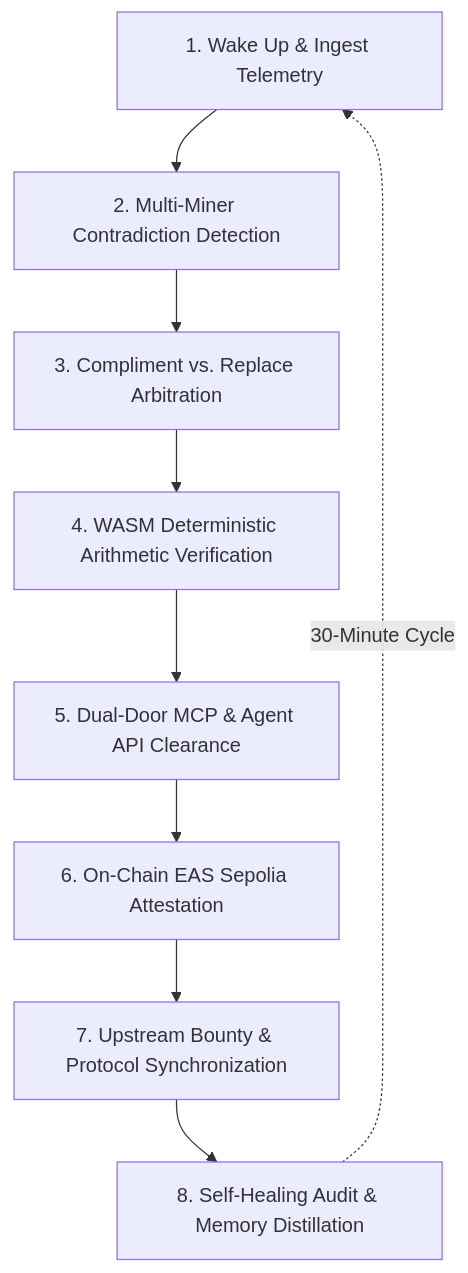
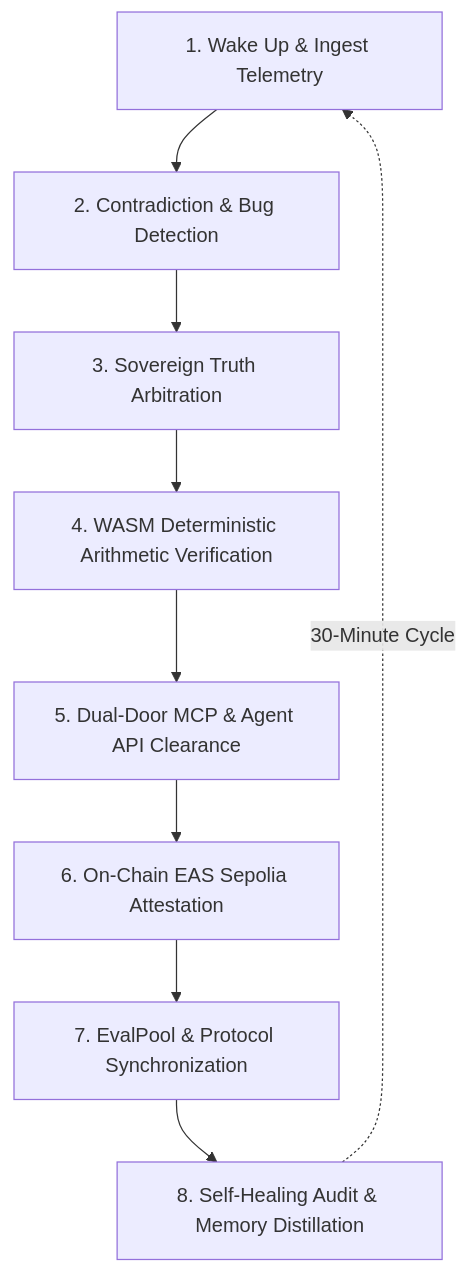
The diagram in .agents/skills/fintech-autonomous-sentinel/SKILL.md (VishAlgoDev/praman-desk), drawn with Mermaid before and after one commit. The commit also changed other lines of this file and 1 other file, not shown here.

Commit message:
docs(skills): codify Sovereign Circuit Breaker, 18 MCP tools, and master hackathon playbook

````diff
--- a/.agents/skills/fintech-autonomous-sentinel/SKILL.md
+++ b/.agents/skills/fintech-autonomous-sentinel/SKILL.md
@@ -26,11 +38,11 @@
 ```mermaid
 flowchart TD
-    S1["1. Wake Up & Ingest Telemetry"] --> S2["2. Multi-Miner Contradiction Detection"]
-    S2 --> S3["3. Compliment vs. Replace Arbitration"]
+    S1["1. Wake Up & Ingest Telemetry"] --> S2["2. Contradiction & Bug Detection"]
+    S2 --> S3["3. Sovereign Truth Arbitration"]
     S3 --> S4["4. WASM Deterministic Arithmetic Verification"]
     S4 --> S5["5. Dual-Door MCP & Agent API Clearance"]
     S5 --> S6["6. On-Chain EAS Sepolia Attestation"]
-    S6 --> S7["7. Upstream Bounty & Protocol Synchronization"]
+    S6 --> S7["7. EvalPool & Protocol Synchronization"]
     S7 --> S8["8. Self-Healing Audit & Memory Distillation"]
     S8 -.->|30-Minute Cycle| S1
 ```
````
